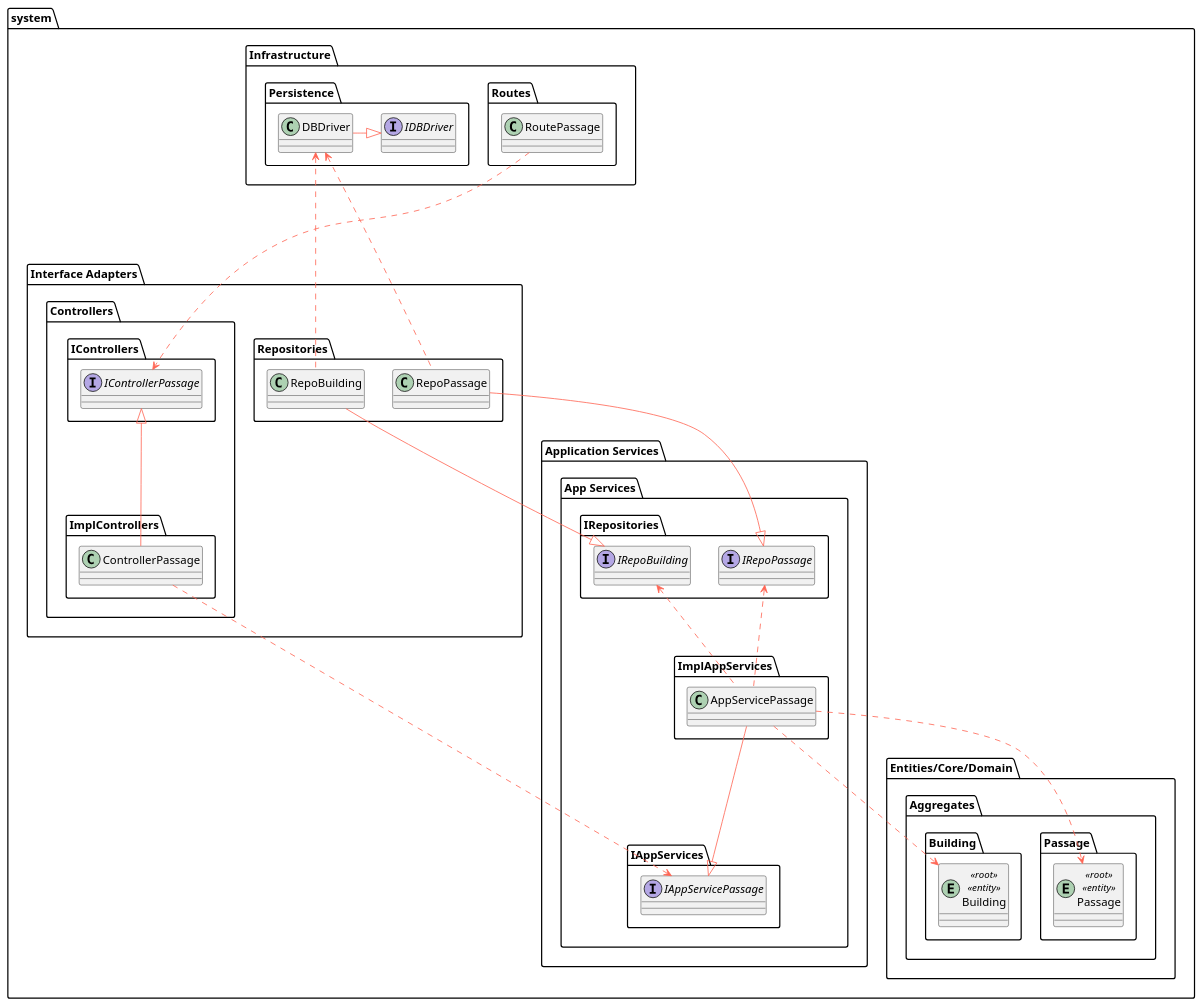
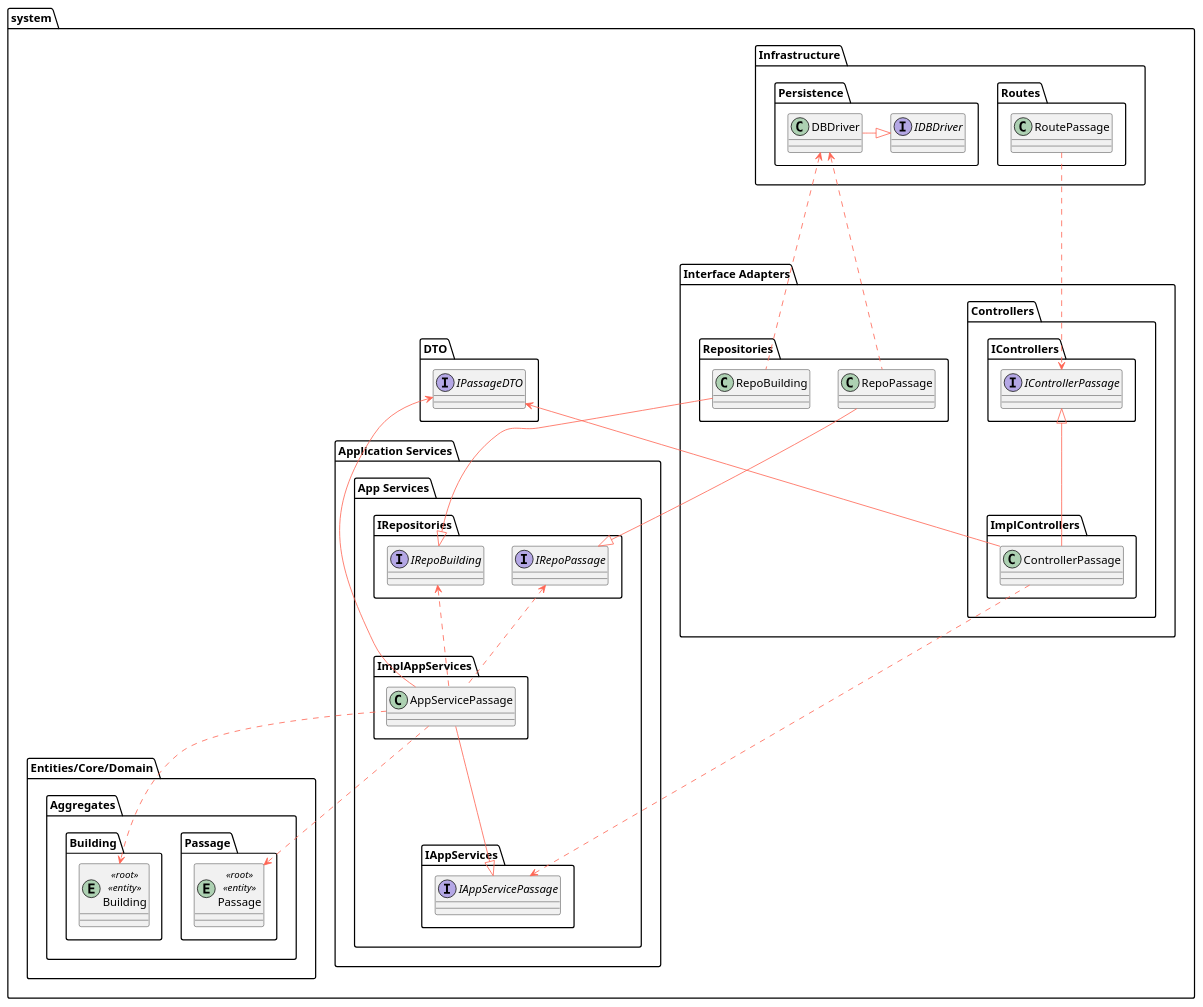
The diagram in docs/us260/class-diagram.puml (Departamento-de-Engenharia-Informatica/lapr5-23-24-g19), drawn with PlantUML before and after one commit. The commit also changed 13 other files, not shown here.

```diff
--- a/docs/us260/class-diagram.puml
+++ b/docs/us260/class-diagram.puml
@@ -1,100 +1,107 @@
 @startuml
 
 skinparam component {
     FontSize 16
     BackgroundColor<<Apache>> LightCoral
     BorderColor<<Apache>> #FF6655
     FontName Courier
     BorderColor black
     BackgroundColor DeepSkyBlue
     ArrowFontName Impact
     ArrowColor #FF6655
 }
 
 package system {
     package "Infrastructure" {
         package "Routes" {
             class RoutePassage
         }
 
         package "Persistence" {
             interface IDBDriver
             class DBDriver
         }
 
         DBDriver -right-|> IDBDriver
     }
 
     package "Interface Adapters" {
         package "Controllers" {
             package "IControllers" {
                 interface IControllerPassage
             }
 
             package "ImplControllers" {
                 class ControllerPassage
             }
             ControllerPassage -up-|> IControllerPassage
         }
 
         package "Repositories" {
             class RepoBuilding
             class RepoPassage
         }
 
         RepoBuilding .up.> DBDriver
         RepoPassage .up.> DBDriver
 
         RoutePassage ....> IControllerPassage
     }
 
     package "Application Services" {
         package "App Services" {
             package "IAppServices" {
                 interface IAppServicePassage
             }
 
             package "ImplAppServices" {
                 class AppServicePassage
             }
 
             AppServicePassage --|> IAppServicePassage
 
             package "IRepositories" {
                 interface IRepoBuilding
                 interface IRepoPassage
             }
 
             RepoBuilding --|> IRepoBuilding
             RepoPassage --|> IRepoPassage
         }
 
         ControllerPassage ..> IAppServicePassage
 
         AppServicePassage .up.> IRepoBuilding
         AppServicePassage .up.> IRepoPassage
     }
 
     package "Entities/Core/Domain" {
         package "Aggregates" {
 
             package "Passage" as a_Passage {
                 entity Passage <<root>> <<entity>>
             }
 
             package "Building" as a_building {
                 entity Building <<root>> <<entity>>
             }
 
         }
 
 
         AppServicePassage ..> Passage
         AppServicePassage ..> Building
 
         'package "Services" {
         '}
     }
+
+    package "DTO" {
+        interface IPassageDTO
+
+    }
+    AppServicePassage -up-> IPassageDTO
+    ControllerPassage -up-> IPassageDTO
 }
 
 @enduml
```
